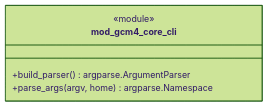
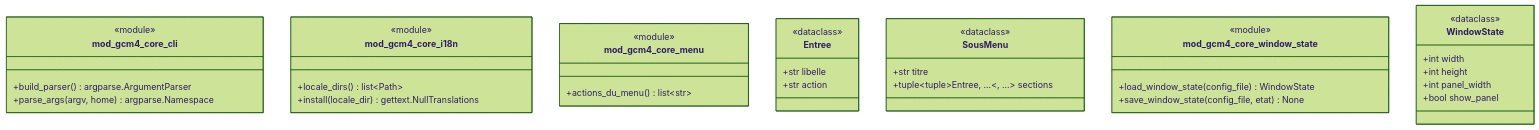
Before and after one commit to Mathide-Team/Gcm4: the sixth of 7 diagrams in docs/class-diagram.md, drawn with Mermaid (forest theme). The commit also changed other lines of this file and 41 other files, not shown here.

Commit message:
feat(#134): fenêtre principale GTK4, menu, actions, À propos, état de fenêtre dans gcm.conf, tests Xvfb

````diff
--- a/docs/class-diagram.md
+++ b/docs/class-diagram.md
@@ -1260,8 +1265,39 @@
 ```mermaid
 classDiagram
     class mod_gcm4_core_cli {
         <<module>>
         +build_parser() argparse.ArgumentParser
         +parse_args(argv, home) argparse.Namespace
     }
+    class mod_gcm4_core_i18n {
+        <<module>>
+        +locale_dirs() list~Path~
+        +install(locale_dir) gettext.NullTranslations
+    }
+    class mod_gcm4_core_menu {
+        <<module>>
+        +actions_du_menu() list~str~
+    }
+    class Entree {
+        <<dataclass>>
+        +str libelle
+        +str action
+    }
+    class SousMenu {
+        <<dataclass>>
+        +str titre
+        +tuple~tuple~Entree, ...~, ...~ sections
+    }
+    class mod_gcm4_core_window_state {
+        <<module>>
+        +load_window_state(config_file) WindowState
+        +save_window_state(config_file, etat) None
+    }
+    class WindowState {
+        <<dataclass>>
+        +int width
+        +int height
+        +int panel_width
+        +bool show_panel
+    }
 ```
````
